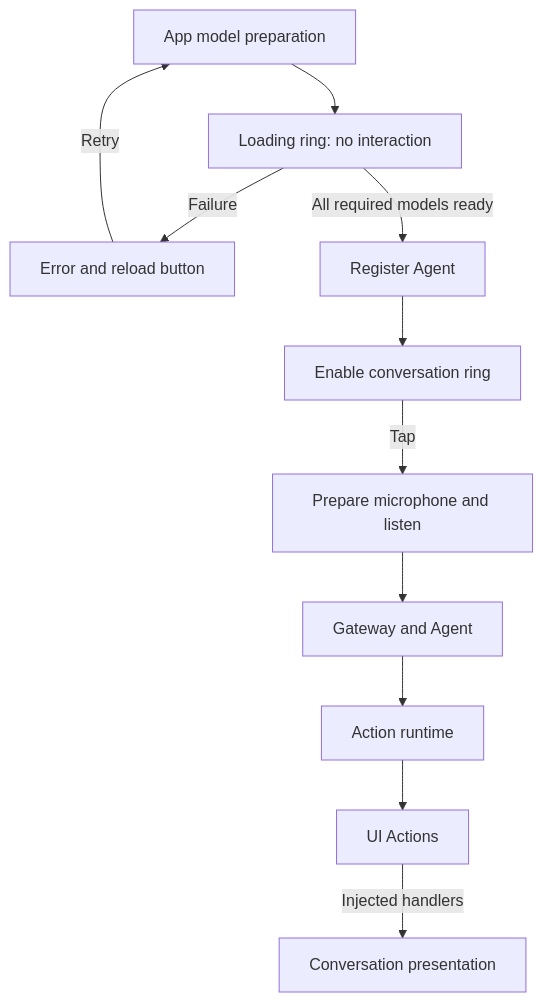
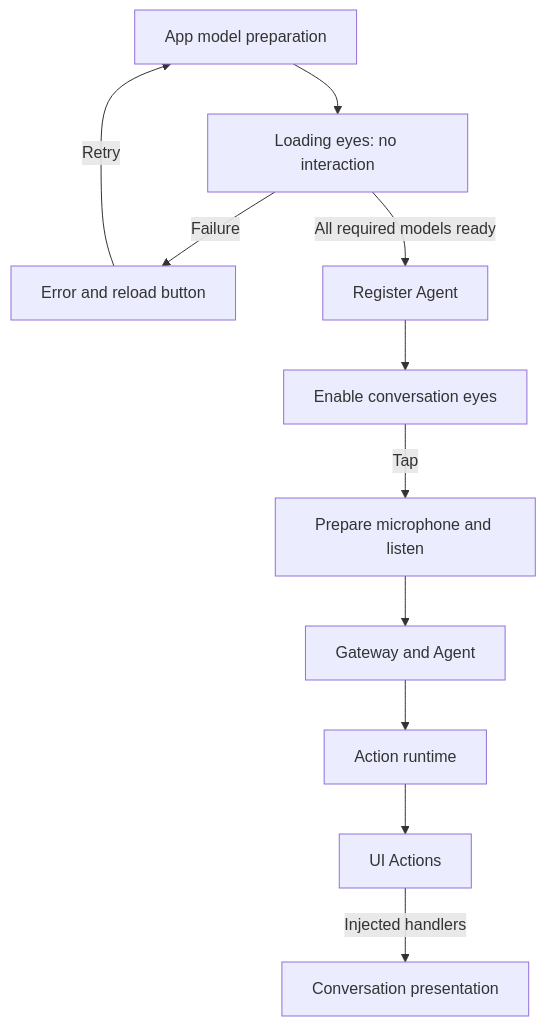
The diagram in MobileHarness/Experience/Conversation/README.md (devilyouwei/MobileHarness), drawn with Mermaid before and after one commit. The commit also changed other lines of this file and 53 other files, not shown here.

````diff
--- a/MobileHarness/Experience/Conversation/README.md
+++ b/MobileHarness/Experience/Conversation/README.md
@@ -12,13 +12,13 @@
 ```mermaid
 flowchart TD
-    App[App model preparation] --> Loading[Loading ring: no interaction]
+    App[App model preparation] --> Loading[Loading eyes: no interaction]
     Loading -->|Failure| Error[Error and reload button]
     Error -->|Retry| App
     Loading -->|All required models ready| Agent[Register Agent]
-    Agent --> Ready[Enable conversation ring]
+    Agent --> Ready[Enable conversation eyes]
     Ready -->|Tap| Listening[Prepare microphone and listen]
     Listening --> Gateway[Gateway and Agent]
     Gateway --> Runtime[Action runtime]
     Runtime --> UI[UI Actions]
     UI -->|Injected handlers| View[Conversation presentation]
 ```
````
